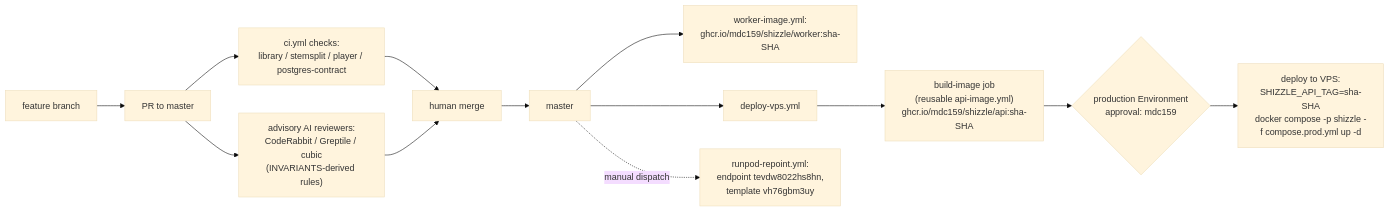
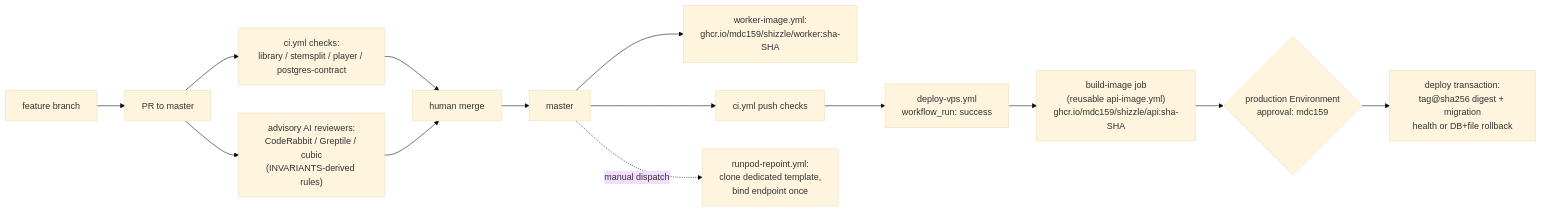
One commit to mdc159/shizzle changed the diagram in docs/AUTOMATION.md. Above: the diagram before and after it, drawn with Mermaid (base theme). The commit also changed other lines of this file and 14 other files, not shown here.

````diff
--- a/docs/AUTOMATION.md
+++ b/docs/AUTOMATION.md
@@ -10,15 +10,16 @@
 ```mermaid
 flowchart LR
     FB[feature branch] --> PR[PR to master]
     PR --> CI["ci.yml checks:<br/>library / stemsplit / player / postgres-contract"]
     PR --> AI["advisory AI reviewers:<br/>CodeRabbit / Greptile / cubic<br/>(INVARIANTS-derived rules)"]
     CI --> HM[human merge]
     AI --> HM
     HM --> M[master]
     M --> WI["worker-image.yml:<br/>ghcr.io/mdc159/shizzle/worker:sha-SHA"]
-    M --> DV["deploy-vps.yml"]
+    M --> CI2["ci.yml push checks"]
+    CI2 --> DV["deploy-vps.yml<br/>workflow_run: success"]
     DV --> BI["build-image job<br/>(reusable api-image.yml)<br/>ghcr.io/mdc159/shizzle/api:sha-SHA"]
     BI --> GATE{"production Environment<br/>approval: mdc159"}
-    GATE --> DEP["deploy to VPS:<br/>SHIZZLE_API_TAG=sha-SHA<br/>docker compose -p shizzle -f compose.prod.yml up -d"]
-    M -. "manual dispatch" .-> RR["runpod-repoint.yml:<br/>endpoint tevdw8022hs8hn,<br/>template vh76gbm3uy"]
+    GATE --> DEP["deploy transaction:<br/>tag@sha256 digest + migration<br/>health or DB+file rollback"]
+    M -. "manual dispatch" .-> RR["runpod-repoint.yml:<br/>clone dedicated template,<br/>bind endpoint once"]
 ```
````
